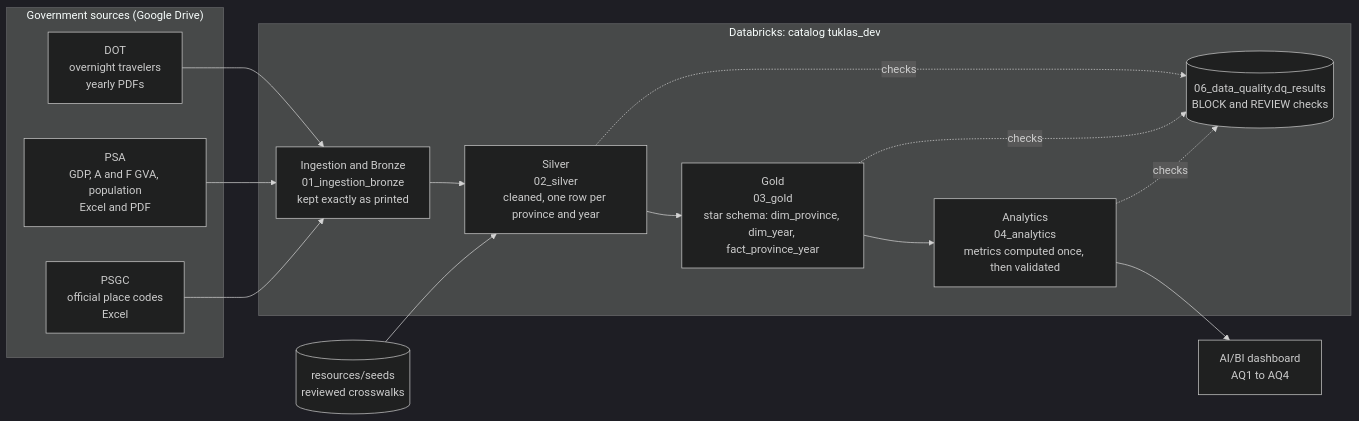
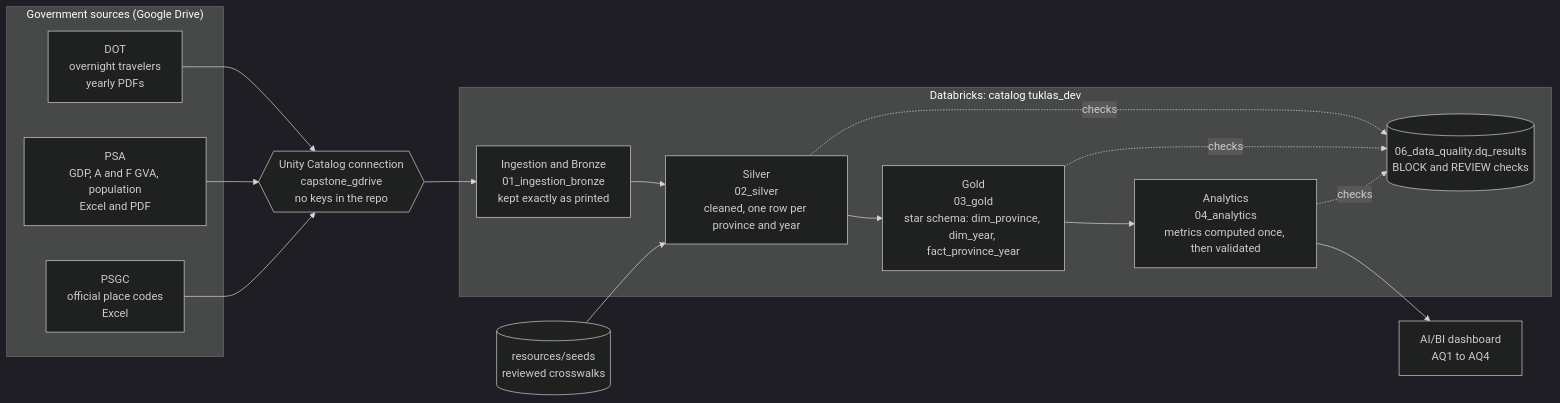
One commit to ftw-git-away/provinsights-ph-tourism changed the diagram in README.md. Above: the diagram before and after it, drawn with Mermaid (dark theme). The commit also changed other lines of this file, not shown here.

Commit message:
docs(readme): showed the Google Drive connection in the pipeline diagram

````diff
--- a/README.md
+++ b/README.md
@@ -92,28 +92,31 @@
 ```mermaid
 flowchart LR
     subgraph SRC["Government sources (Google Drive)"]
         DOT["DOT<br/>overnight travelers<br/>yearly PDFs"]
         PSA["PSA<br/>GDP, A and F GVA, population<br/>Excel and PDF"]
         PSGC["PSGC<br/>official place codes<br/>Excel"]
     end
+
+    CONN{{"Unity Catalog connection<br/>capstone_gdrive<br/>no keys in the repo"}}
 
     subgraph DBX["Databricks: catalog tuklas_dev"]
         BR["Ingestion and Bronze<br/>01_ingestion_bronze<br/>kept exactly as printed"]
         SV["Silver<br/>02_silver<br/>cleaned, one row per province and year"]
         GD["Gold<br/>03_gold<br/>star schema: dim_province, dim_year, fact_province_year"]
         AN["Analytics<br/>04_analytics<br/>metrics computed once, then validated"]
         DQ[("06_data_quality.dq_results<br/>BLOCK and REVIEW checks")]
     end
 
     SEED[("resources/seeds<br/>reviewed crosswalks")]
     DASH["AI/BI dashboard<br/>AQ1 to AQ4"]
 
-    DOT --> BR
-    PSA --> BR
-    PSGC --> BR
+    DOT --> CONN
+    PSA --> CONN
+    PSGC --> CONN
+    CONN --> BR
     BR --> SV --> GD --> AN --> DASH
     SEED --> SV
     SV -. checks .-> DQ
     GD -. checks .-> DQ
     AN -. checks .-> DQ
 ```
````
